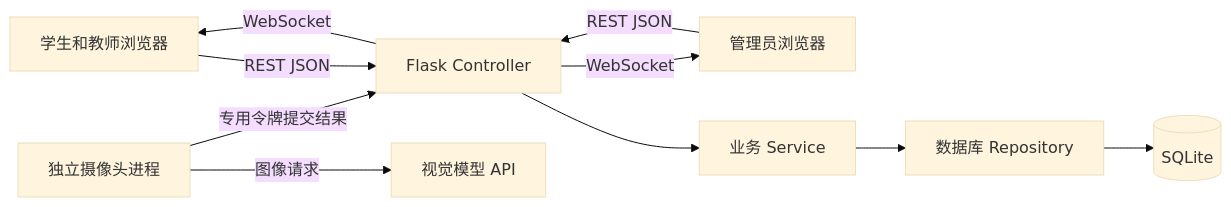
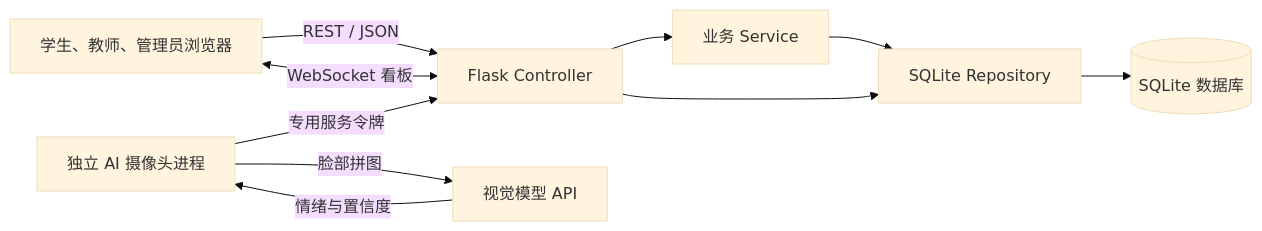
Before and after one commit to sds7788/Emoji_Classroom_Emotion_Checker: the first of 4 diagrams in docs/experiment-report.md, drawn with Mermaid (base theme). The commit also changed other lines of this file, not shown here.

````diff
--- a/docs/experiment-report.md
+++ b/docs/experiment-report.md
@@ -54,12 +200,12 @@
 ```mermaid
 flowchart LR
-    Client[学生和教师浏览器] -->|REST JSON| Controller[Flask Controller]
-    Admin[管理员浏览器] -->|REST JSON| Controller
-    Controller --> Service[业务 Service]
-    Service --> Repository[数据库 Repository]
-    Repository --> DB[(SQLite)]
-    Controller -->|WebSocket| Client
-    Controller -->|WebSocket| Admin
-    AI[独立摄像头进程] -->|图像请求| Model[视觉模型 API]
-    AI -->|专用令牌提交结果| Controller
+    B[学生、教师、管理员浏览器] -->|REST / JSON| C[Flask Controller]
+    B <-->|WebSocket 看板| C
+    C --> S[业务 Service]
+    S --> R[SQLite Repository]
+    C --> R
+    R --> D[(SQLite 数据库)]
+    W[独立 AI 摄像头进程] -->|脸部拼图| M[视觉模型 API]
+    M -->|情绪与置信度| W
+    W -->|专用服务令牌| C
 ```
````
